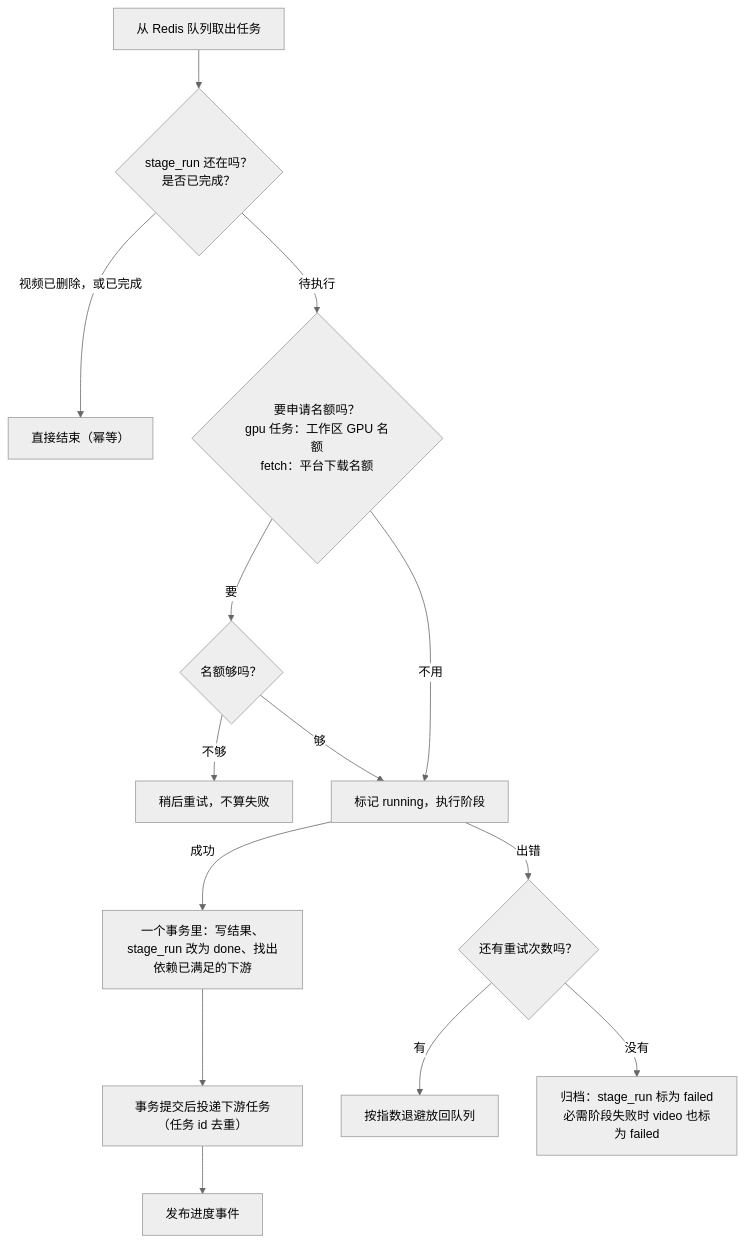
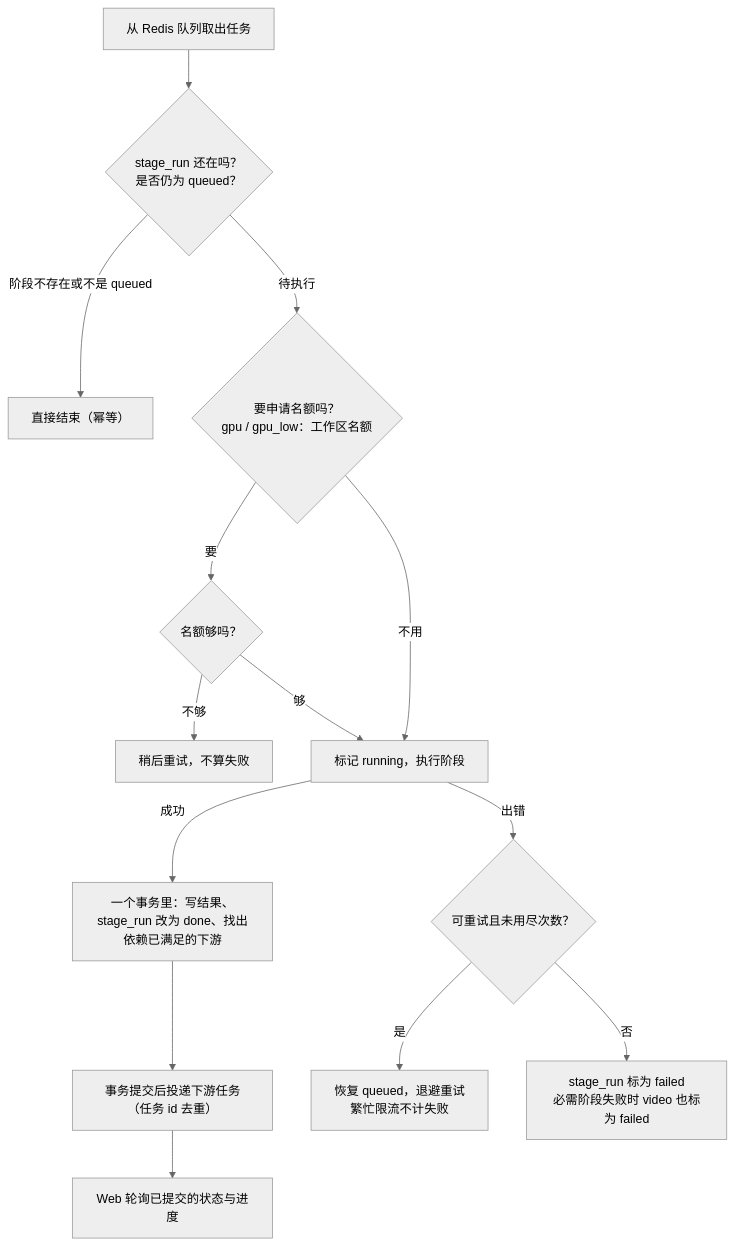
The ninth of 19 diagrams in docs/design.md (realOzine/videohelper), drawn with Mermaid (neutral theme) before and after one commit. The commit also changed other lines of this file, not shown here.

Commit message:
docs: align design diagrams with model plugins

````diff
--- a/docs/design.md
+++ b/docs/design.md
@@ -456,16 +471,16 @@
 ```mermaid
 flowchart TD
-  Q["从 Redis 队列取出任务"] --> L{"stage_run 还在吗？<br/>是否已完成？"}
-  L -->|"视频已删除，或已完成"| OK["直接结束（幂等）"]
-  L -->|"待执行"| G{"要申请名额吗？<br/>gpu 任务：工作区 GPU 名额<br/>fetch：平台下载名额"}
+  Q["从 Redis 队列取出任务"] --> L{"stage_run 还在吗？<br/>是否仍为 queued？"}
+  L -->|"阶段不存在或不是 queued"| OK["直接结束（幂等）"]
+  L -->|"待执行"| G{"要申请名额吗？<br/>gpu / gpu_low：工作区名额"}
   G -->|"要"| T{"名额够吗？"}
   T -->|"不够"| D["稍后重试，不算失败"]
   T -->|"够"| RUN
   G -->|"不用"| RUN["标记 running，执行阶段"]
   RUN -->|"成功"| TX["一个事务里：写结果、stage_run 改为 done、找出依赖已满足的下游"]
   TX --> EN["事务提交后投递下游任务（任务 id 去重）"]
-  EN --> PUB["发布进度事件"]
-  RUN -->|"出错"| RT{"还有重试次数吗？"}
-  RT -->|"有"| BK["按指数退避放回队列"]
-  RT -->|"没有"| AR["归档：stage_run 标为 failed<br/>必需阶段失败时 video 也标为 failed"]
+  EN --> PUB["Web 轮询已提交的状态与进度"]
+  RUN -->|"出错"| RT{"可重试且未用尽次数？"}
+  RT -->|"是"| BK["恢复 queued，退避重试<br/>繁忙限流不计失败"]
+  RT -->|"否"| AR["stage_run 标为 failed<br/>必需阶段失败时 video 也标为 failed"]
 ```
````
